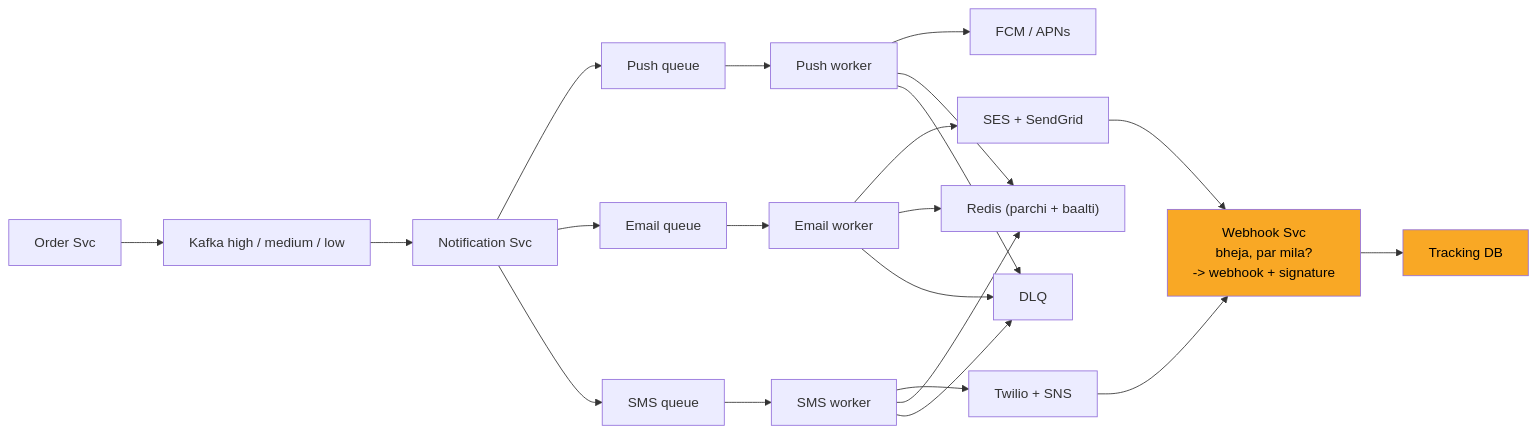
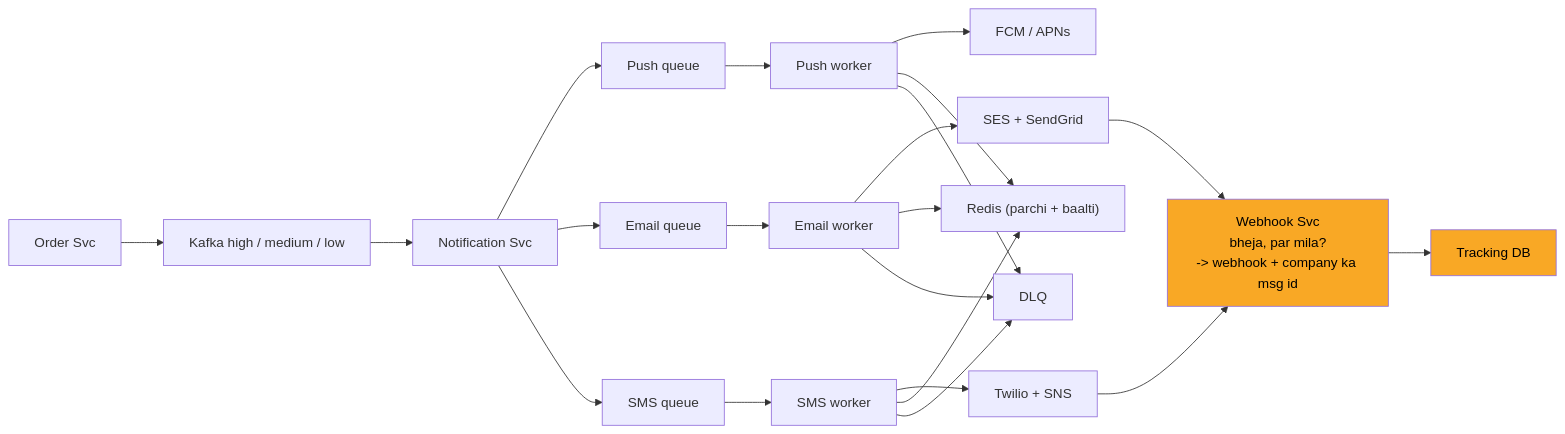
The tenth of 13 diagrams in 04_HLD/SYSTEM_DESIGNS/04_notification_system/04_notification_system.md (ArpanMaheshwari144/Prep), drawn with Mermaid before and after one commit. The commit also changed other lines of this file, not shown here.

Commit message:
notification: audit fixes (slow SMS card, priority lines, webhook msg id, NAHI lines)

````diff
--- a/04_HLD/SYSTEM_DESIGNS/04_notification_system/04_notification_system.md
+++ b/04_HLD/SYSTEM_DESIGNS/04_notification_system/04_notification_system.md
@@ -487,41 +488,41 @@
 ```mermaid
 flowchart LR
     n_Order_Svc["Order Svc"]
     n_Kafka["Kafka high / medium / low"]
     n_Notification_Svc["Notification Svc"]
     n_Push_queue["Push queue"]
     n_Push_worker["Push worker"]
     n_FCM_APNs["FCM / APNs"]
     n_Email_queue["Email queue"]
     n_Email_worker["Email worker"]
     n_SES["SES + SendGrid"]
     n_SMS_queue["SMS queue"]
     n_SMS_worker["SMS worker"]
     n_Twilio["Twilio + SNS"]
     n_Redis["Redis (parchi + baalti)"]
     n_DLQ["DLQ"]
-    n_Webhook_Svc["Webhook Svc<br/>bheja, par mila?<br/>-> webhook + signature"]
+    n_Webhook_Svc["Webhook Svc<br/>bheja, par mila?<br/>-> webhook + company ka msg id"]
     n_Tracking_DB["Tracking DB"]
     n_Order_Svc --> n_Kafka
     n_Kafka --> n_Notification_Svc
     n_Notification_Svc --> n_Push_queue
     n_Notification_Svc --> n_Email_queue
     n_Notification_Svc --> n_SMS_queue
     n_Push_queue --> n_Push_worker
     n_Push_worker --> n_FCM_APNs
     n_Email_queue --> n_Email_worker
     n_Email_worker --> n_SES
     n_SMS_queue --> n_SMS_worker
     n_SMS_worker --> n_Twilio
     n_Push_worker --> n_Redis
     n_Email_worker --> n_Redis
     n_SMS_worker --> n_Redis
     n_Push_worker --> n_DLQ
     n_Email_worker --> n_DLQ
     n_SMS_worker --> n_DLQ
     n_SES --> n_Webhook_Svc
     n_Twilio --> n_Webhook_Svc
     n_Webhook_Svc --> n_Tracking_DB
     style n_Webhook_Svc fill:#f9a825,color:#000
     style n_Tracking_DB fill:#f9a825,color:#000
 ```
````
